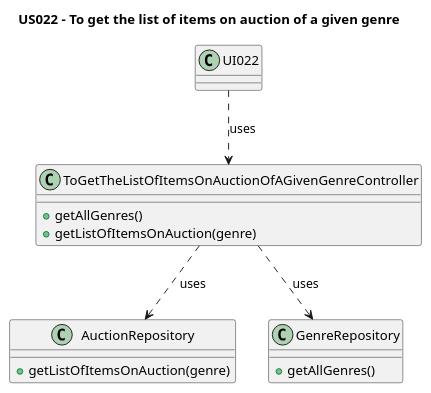
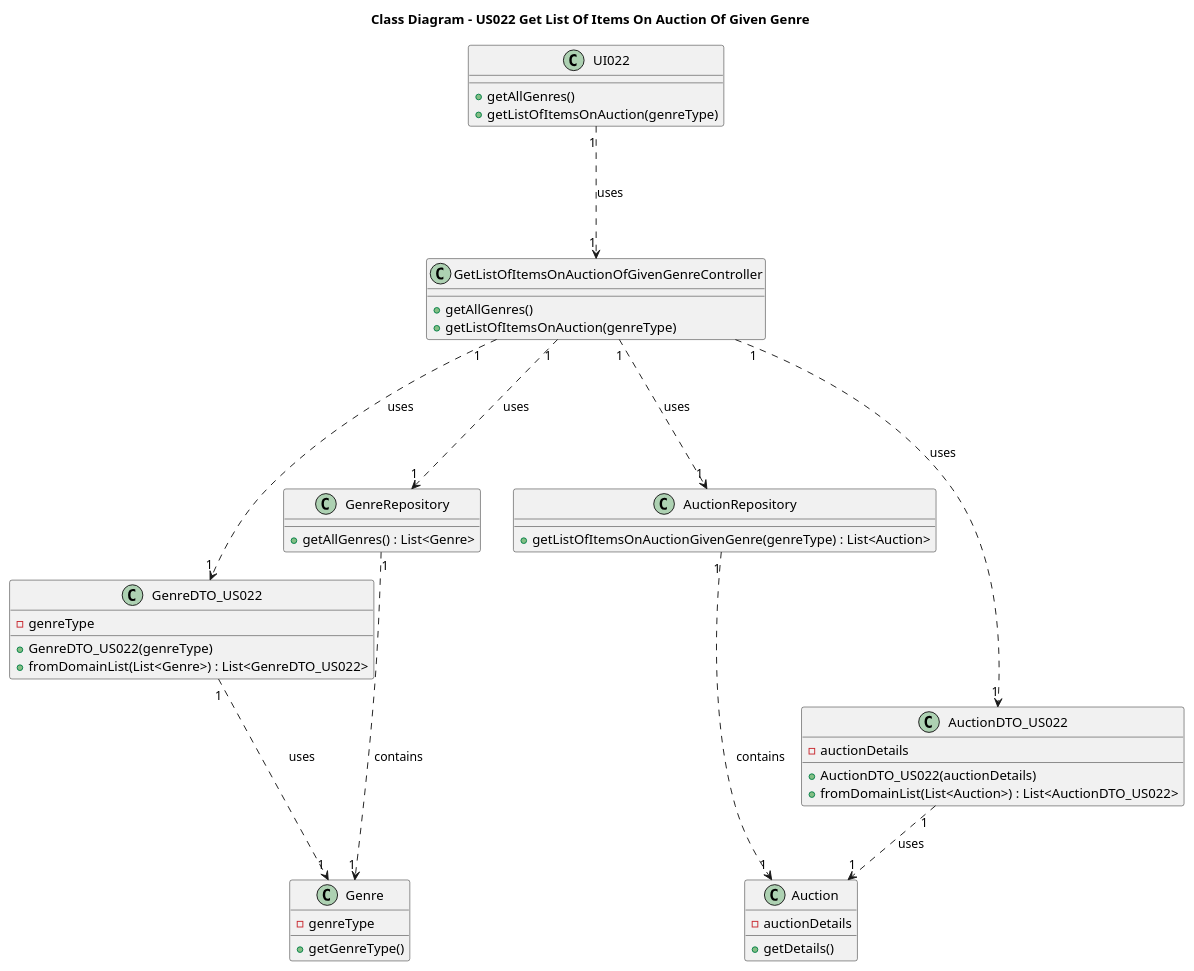
Before and after one commit to AndrePereiraGitH/SWitCH-Project-Team_A: the diagram in Diagrams/ClassDiagrams/US022-to-get-the-list-of-items-on-auction-of-a-given-genre.puml, drawn with PlantUML. The commit also changed other lines of this file and 1 other file, not shown here.

Commit message:
Close #75 #74, Improving Diagrams

```diff
--- a/Diagrams/ClassDiagrams/US022-to-get-the-list-of-items-on-auction-of-a-given-genre.puml
+++ b/Diagrams/ClassDiagrams/US022-to-get-the-list-of-items-on-auction-of-a-given-genre.puml
@@ -1,68 +1,56 @@
 @startuml
-title US022 - To get the list of items on auction of a given genre
+title Class Diagram - US022 Get List Of Items On Auction Of Given Genre
 
 class UI022 {
-
+    +getAllGenres()
+    +getListOfItemsOnAuction(genreType)
 }
 
-class ToGetTheListOfItemsOnAuctionOfAGivenGenreController {
-  +getAllGenres()
-  +getListOfItemsOnAuction(genre)
+class GetListOfItemsOnAuctionOfGivenGenreController {
+    +getAllGenres()
+    +getListOfItemsOnAuction(genreType)
+}
+
+class GenreRepository {
+    +getAllGenres() : List<Genre>
 }
 
 class AuctionRepository {
-  +getListOfItemsOnAuction(genre)
+    +getListOfItemsOnAuctionGivenGenre(genreType) : List<Auction>
 }
 
-/'
+class GenreDTO_US022 {
+    -genreType
+    +GenreDTO_US022(genreType)
+    +fromDomainList(List<Genre>) : List<GenreDTO_US022>
+}
+
+class AuctionDTO_US022 {
+    -auctionDetails
+    +AuctionDTO_US022(auctionDetails)
+    +fromDomainList(List<Auction>) : List<AuctionDTO_US022>
+}
+
+class Genre {
+    -genreType
+    +getGenreType()
+}
+
 class Auction {
-  - listing: Listing
+    -auctionDetails
     +getDetails()
 }
-'/
 
-class GenreRepository {
-  +getAllGenres()
-}
+UI022 "1" -.-> "1" GetListOfItemsOnAuctionOfGivenGenreController : uses
+GetListOfItemsOnAuctionOfGivenGenreController "1"-.-> "1"GenreRepository : uses
+GetListOfItemsOnAuctionOfGivenGenreController "1" -.-> "1"AuctionRepository : uses
+GetListOfItemsOnAuctionOfGivenGenreController "1"-.-> "1"GenreDTO_US022 : uses
+GetListOfItemsOnAuctionOfGivenGenreController "1"-.-> "1"AuctionDTO_US022 : uses
 
-'tirei
-'class GenreDTO_US022 {}
+GenreRepository "1" -.-> "1" Genre : contains
+AuctionRepository "1" -.-> "1"Auction : contains
 
-'tirei
-'class GenreMapper_US022 {
-   '+toDTO(listOfAllGenres: List<Genre)}
-
-'tirei
-'class AuctionMapper_US022 {
-  '+toDTO(listOfAuctions)}
-
-'tirei
-'class AuctionDTO_US022 {}
-
-
-' --- Interactions ---
-
-UI022 ..> ToGetTheListOfItemsOnAuctionOfAGivenGenreController : uses
-ToGetTheListOfItemsOnAuctionOfAGivenGenreController ..> AuctionRepository : uses
-ToGetTheListOfItemsOnAuctionOfAGivenGenreController ..> GenreRepository : uses
-'GenreRepository ..> GenreDTO_US022 : maps to
-
-'tirei
-'ToGetTheListOfItemsOnAuctionOfAGivenGenreController ..> AuctionMapper_US022 : uses
-'AuctionMapper_US022 ..> AuctionDTO_US022 : maps to
-
-
-'AuctionMapper_US022 ..> Auction : uses
-'AuctionRepository "1" --> "*" Auction : contains
-
-'tirei
-'ToGetTheListOfItemsOnAuctionOfAGivenGenreController ..> GenreMapper_US022 : uses
-
-
-'tirei
-'GenreMapper_US022 ..> GenreDTO_US022 : maps to
-
-
-
+GenreDTO_US022 "1"..> "1"Genre : uses
+AuctionDTO_US022 "1"..> "1"Auction : uses
 
 @enduml
```
